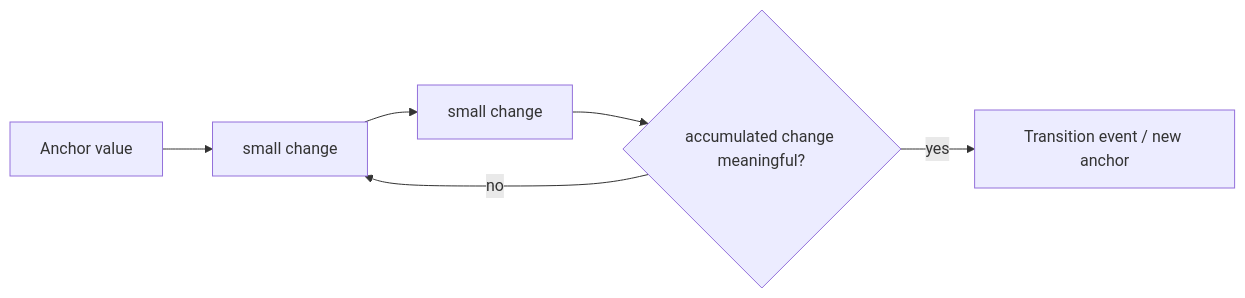
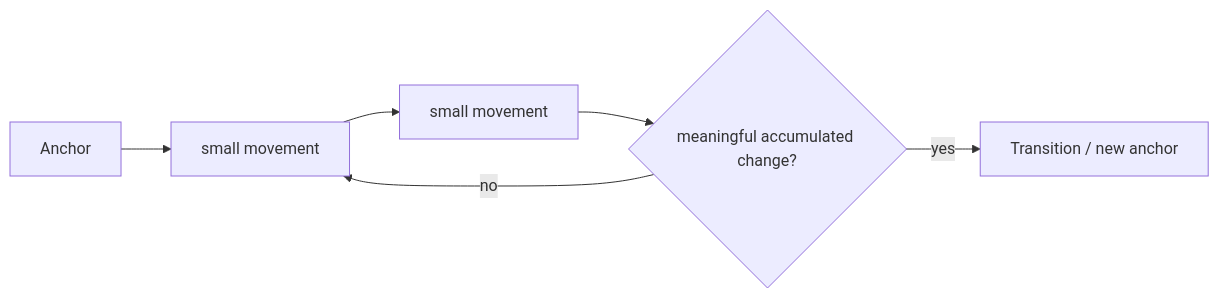
The fourth of 6 diagrams in docs/expectations.md (skasti/skyn-vaettr), drawn with Mermaid before and after one commit. The commit also changed other lines of this file, not shown here.

````diff
--- a/docs/expectations.md
+++ b/docs/expectations.md
@@ -87,8 +71,8 @@
 ```mermaid
 flowchart LR
-    A[Anchor value] --> B[small change]
-    B --> C[small change]
-    C --> D{accumulated change meaningful?}
+    A[Anchor] --> B[small movement]
+    B --> C[small movement]
+    C --> D{meaningful accumulated change?}
     D -->|no| B
-    D -->|yes| E[Transition event / new anchor]
+    D -->|yes| E[Transition / new anchor]
 ```
````
